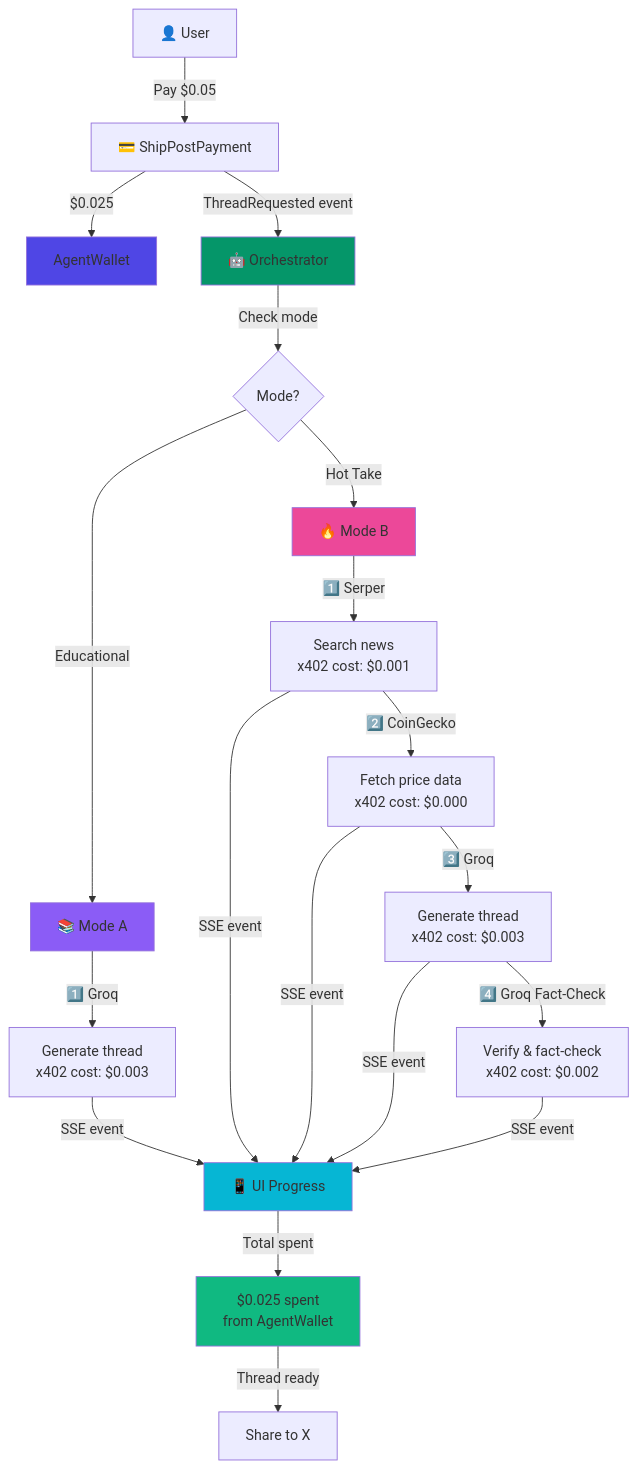
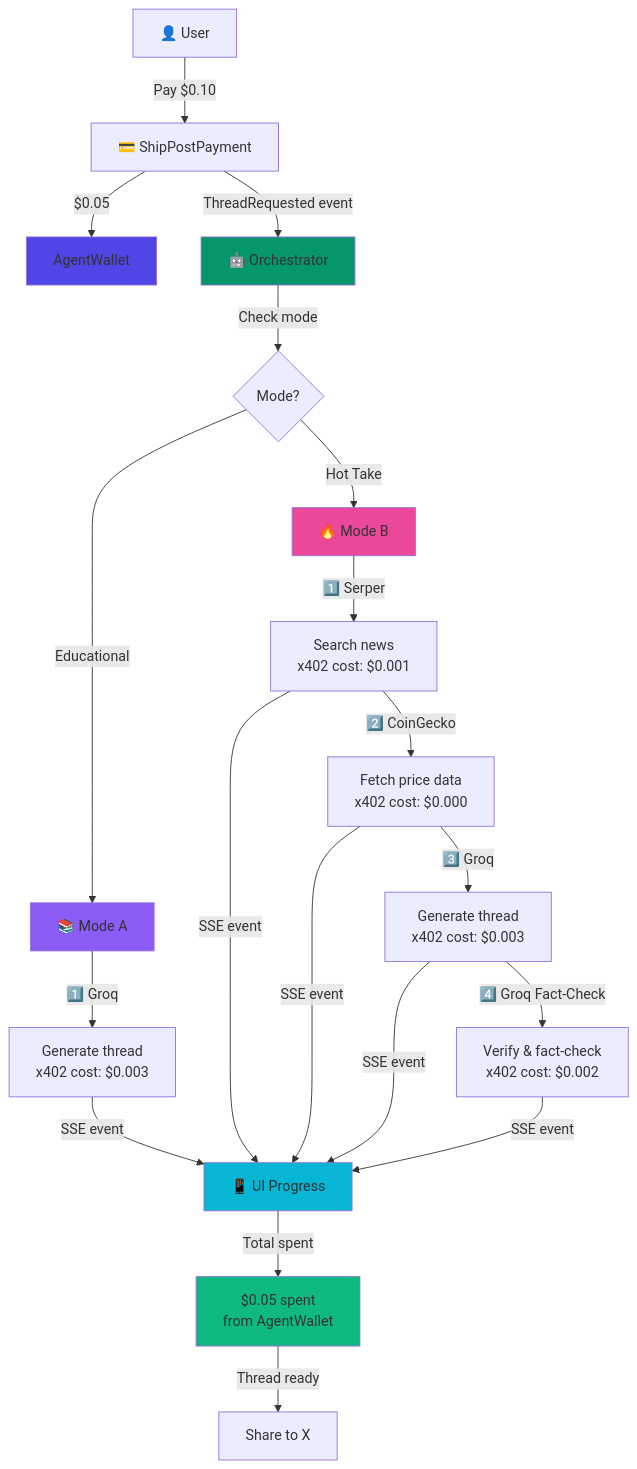
One commit to hms1499/shippost changed the third of 6 diagrams in docs/x402-flow-diagrams.md. Above: the diagram before and after it, drawn with Mermaid. The commit also changed other lines of this file and 8 other files, not shown here.

````diff
--- a/docs/x402-flow-diagrams.md
+++ b/docs/x402-flow-diagrams.md
@@ -49,33 +49,33 @@
 ```mermaid
 flowchart TD
-    User["👤 User"] -->|Pay $0.05| Pay["💳 ShipPostPayment"]
-    Pay -->|$0.025| AW["AgentWallet"]
+    User["👤 User"] -->|Pay $0.10| Pay["💳 ShipPostPayment"]
+    Pay -->|$0.05| AW["AgentWallet"]
     Pay -->|ThreadRequested event| OR["🤖 Orchestrator"]
     
     OR -->|Check mode| Mode{Mode?}
     
     Mode -->|Educational| ModeA["📚 Mode A"]
     Mode -->|Hot Take| ModeB["🔥 Mode B"]
     
     ModeA -->|1️⃣ Groq| GA["Generate thread<br/>x402 cost: $0.003"]
     GA -->|SSE event| UI["📱 UI Progress"]
     
     ModeB -->|1️⃣ Serper| SA["Search news<br/>x402 cost: $0.001"]
     SA -->|SSE event| UI
     SA -->|2️⃣ CoinGecko| CA["Fetch price data<br/>x402 cost: $0.000"]
     CA -->|SSE event| UI
     CA -->|3️⃣ Groq| GB["Generate thread<br/>x402 cost: $0.003"]
     GB -->|SSE event| UI
     GB -->|4️⃣ Groq Fact-Check| FC["Verify & fact-check<br/>x402 cost: $0.002"]
     FC -->|SSE event| UI
     
-    UI -->|Total spent| Check["$0.025 spent<br/>from AgentWallet"]
+    UI -->|Total spent| Check["$0.05 spent<br/>from AgentWallet"]
     Check -->|Thread ready| Share["Share to X"]
     
     style AW fill:#4f46e5
     style OR fill:#059669
     style ModeA fill:#8b5cf6
     style ModeB fill:#ec4899
     style UI fill:#06b6d4
     style Check fill:#10b981
 ```
````
